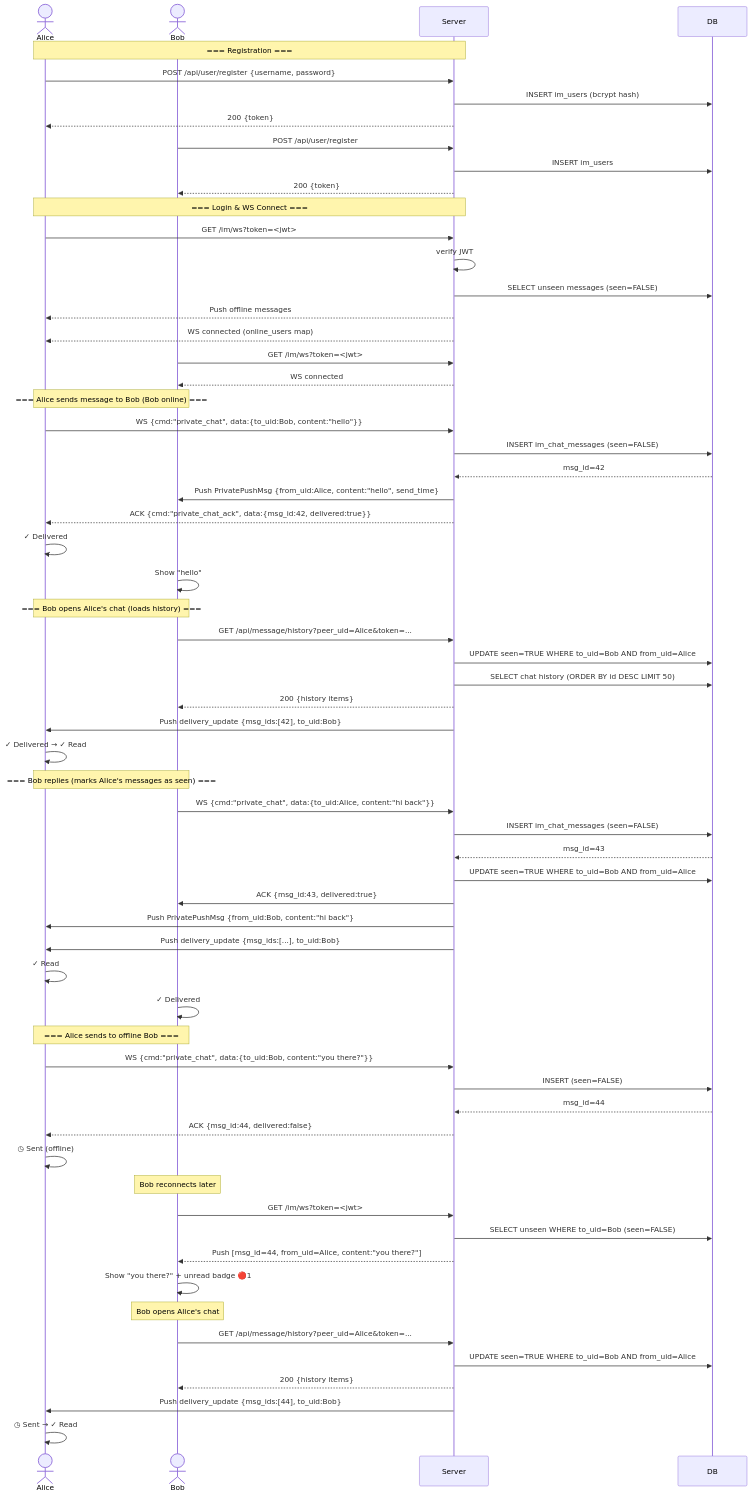
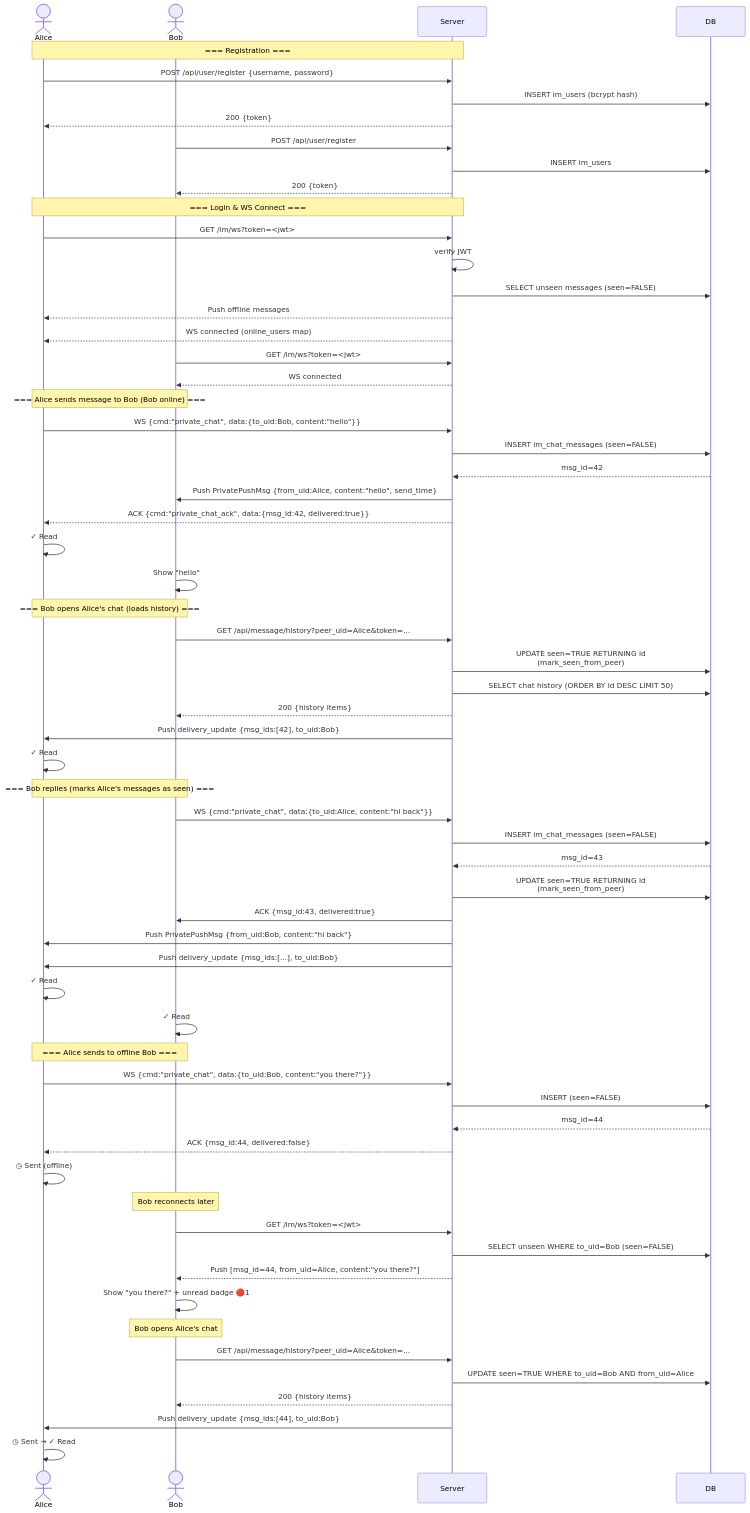
One commit to csmyx/myx-im changed the third of 10 diagrams in doc/schema.md. Above: the diagram before and after it, drawn with Mermaid. The commit also changed other lines of this file, not shown here.

Commit message:
docs: sync v2 diagram — single UPDATE RETURNING, no Delivered state
- Show mark_seen_from_peer as single UPDATE RETURNING id step
- Replace ✓ Delivered with ✓ Read everywhere (no distinction)
- Note frontend only shows ◷ Sending → ✓ Read

````diff
--- a/doc/schema.md
+++ b/doc/schema.md
@@ -142,74 +143,74 @@
 ```mermaid
 sequenceDiagram
     actor Alice
     actor Bob
     participant Server
     participant DB
 
     Note over Alice, Server: === Registration ===
     Alice->>Server: POST /api/user/register {username, password}
     Server->>DB: INSERT im_users (bcrypt hash)
     Server-->>Alice: 200 {token}
 
     Bob->>Server: POST /api/user/register
     Server->>DB: INSERT im_users
     Server-->>Bob: 200 {token}
 
     Note over Alice, Server: === Login & WS Connect ===
     Alice->>Server: GET /im/ws?token=<jwt>
     Server->>Server: verify JWT
     Server->>DB: SELECT unseen messages (seen=FALSE)
     Server-->>Alice: Push offline messages
     Server-->>Alice: WS connected (online_users map)
 
     Bob->>Server: GET /im/ws?token=<jwt>
     Server-->>Bob: WS connected
 
     Note over Alice, Bob: === Alice sends message to Bob (Bob online) ===
     Alice->>Server: WS {cmd:"private_chat", data:{to_uid:Bob, content:"hello"}}
     Server->>DB: INSERT im_chat_messages (seen=FALSE)
     DB-->>Server: msg_id=42
     Server->>Bob: Push PrivatePushMsg {from_uid:Alice, content:"hello", send_time}
     Server-->>Alice: ACK {cmd:"private_chat_ack", data:{msg_id:42, delivered:true}}
-    Alice->>Alice: ✓ Delivered
+    Alice->>Alice: ✓ Read
     Bob->>Bob: Show "hello"
 
     Note over Alice, Bob: === Bob opens Alice's chat (loads history) ===
     Bob->>Server: GET /api/message/history?peer_uid=Alice&token=...
-    Server->>DB: UPDATE seen=TRUE WHERE to_uid=Bob AND from_uid=Alice
+    Server->>DB: UPDATE seen=TRUE RETURNING id<br/>(mark_seen_from_peer)
     Server->>DB: SELECT chat history (ORDER BY id DESC LIMIT 50)
     Server-->>Bob: 200 {history items}
     Server->>Alice: Push delivery_update {msg_ids:[42], to_uid:Bob}
-    Alice->>Alice: ✓ Delivered → ✓ Read
+    Alice->>Alice: ✓ Read
 
     Note over Alice, Bob: === Bob replies (marks Alice's messages as seen) ===
     Bob->>Server: WS {cmd:"private_chat", data:{to_uid:Alice, content:"hi back"}}
     Server->>DB: INSERT im_chat_messages (seen=FALSE)
     DB-->>Server: msg_id=43
-    Server->>DB: UPDATE seen=TRUE WHERE to_uid=Bob AND from_uid=Alice
+    Server->>DB: UPDATE seen=TRUE RETURNING id<br/>(mark_seen_from_peer)
     Server->>Bob: ACK {msg_id:43, delivered:true}
     Server->>Alice: Push PrivatePushMsg {from_uid:Bob, content:"hi back"}
     Server->>Alice: Push delivery_update {msg_ids:[...], to_uid:Bob}
     Alice->>Alice: ✓ Read
-    Bob->>Bob: ✓ Delivered
+    Bob->>Bob: ✓ Read
 
     Note over Alice, Bob: === Alice sends to offline Bob ===
     Alice->>Server: WS {cmd:"private_chat", data:{to_uid:Bob, content:"you there?"}}
     Server->>DB: INSERT (seen=FALSE)
     DB-->>Server: msg_id=44
     Server-->>Alice: ACK {msg_id:44, delivered:false}
     Alice->>Alice: ◷ Sent (offline)
 
     Note over Bob: Bob reconnects later
     Bob->>Server: GET /im/ws?token=<jwt>
     Server->>DB: SELECT unseen WHERE to_uid=Bob (seen=FALSE)
     Server-->>Bob: Push [msg_id=44, from_uid=Alice, content:"you there?"]
     Bob->>Bob: Show "you there?" + unread badge 🔴1
 
     Note over Bob: Bob opens Alice's chat
     Bob->>Server: GET /api/message/history?peer_uid=Alice&token=...
     Server->>DB: UPDATE seen=TRUE WHERE to_uid=Bob AND from_uid=Alice
     Server-->>Bob: 200 {history items}
     Server->>Alice: Push delivery_update {msg_ids:[44], to_uid:Bob}
     Alice->>Alice: ◷ Sent → ✓ Read
 ```
````
